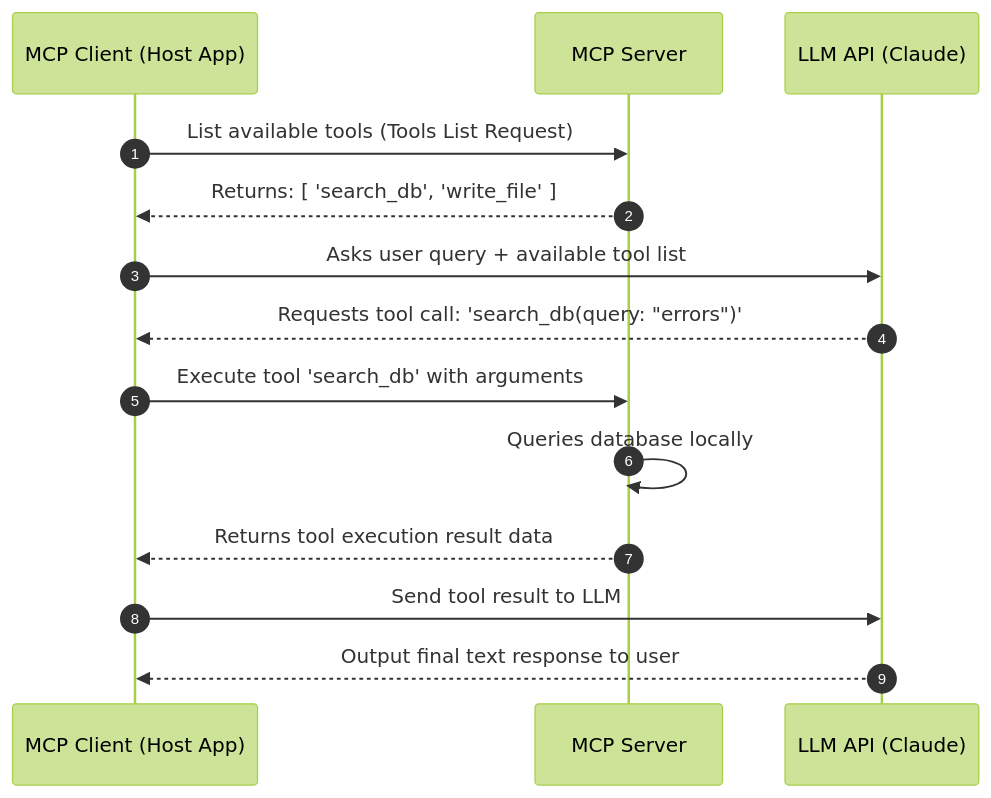
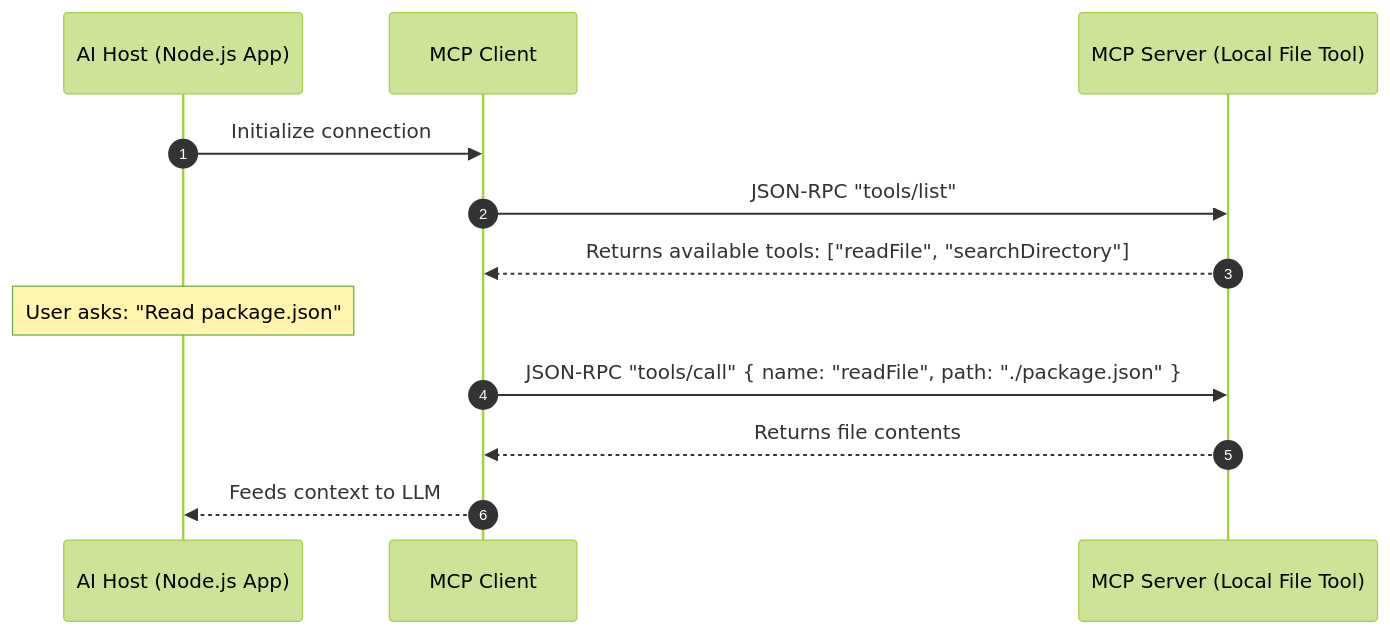
One commit to Nishant8826/theory-leaning changed the third of 3 diagrams in AI-tut/08_Model_Context_Protocol_MCP.md. Above: the diagram before and after it, drawn with Mermaid (forest theme). The commit also changed other lines of this file and 34 other files, not shown here.

````diff
--- a/AI-tut/08_Model_Context_Protocol_MCP.md
+++ b/AI-tut/08_Model_Context_Protocol_MCP.md
@@ -63,17 +87,15 @@
 ```mermaid
 sequenceDiagram
     autonumber
-    participant Host as MCP Client (Host App)
-    participant Server as MCP Server
-    participant LLM as LLM API (Claude)
-
-    Host->>Server: List available tools (Tools List Request)
-    Server-->>Host: Returns: [ 'search_db', 'write_file' ]
-    Host->>LLM: Asks user query + available tool list
-    LLM-->>Host: Requests tool call: 'search_db(query: "errors")'
-    Host->>Server: Execute tool 'search_db' with arguments
-    Server->>Server: Queries database locally
-    Server-->>Host: Returns tool execution result data
-    Host->>LLM: Send tool result to LLM
-    LLM-->>Host: Output final text response to user
+    participant Host as AI Host (Node.js App)
+    participant Client as MCP Client
+    participant Server as MCP Server (Local File Tool)
+    
+    Host->>Client: Initialize connection
+    Client->>Server: JSON-RPC "tools/list"
+    Server-->>Client: Returns available tools: ["readFile", "searchDirectory"]
+    Note over Host: User asks: "Read package.json"
+    Client->>Server: JSON-RPC "tools/call" { name: "readFile", path: "./package.json" }
+    Server-->>Client: Returns file contents
+    Client-->>Host: Feeds context to LLM
 ```
````
